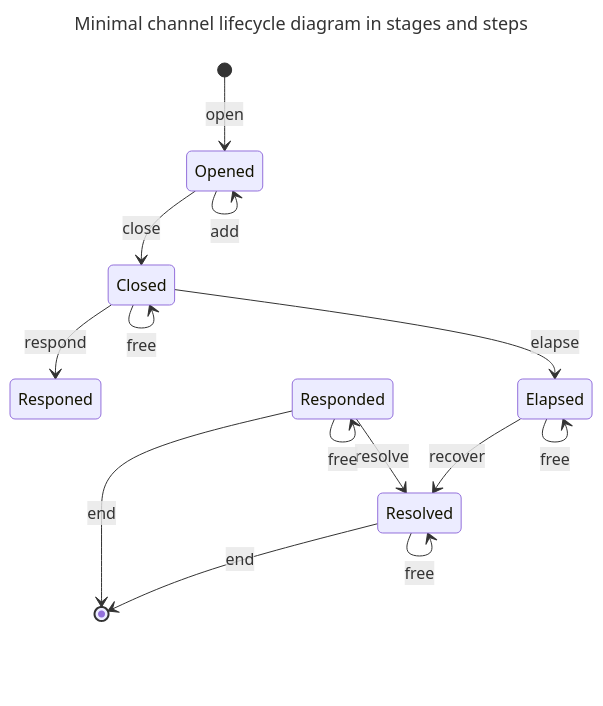
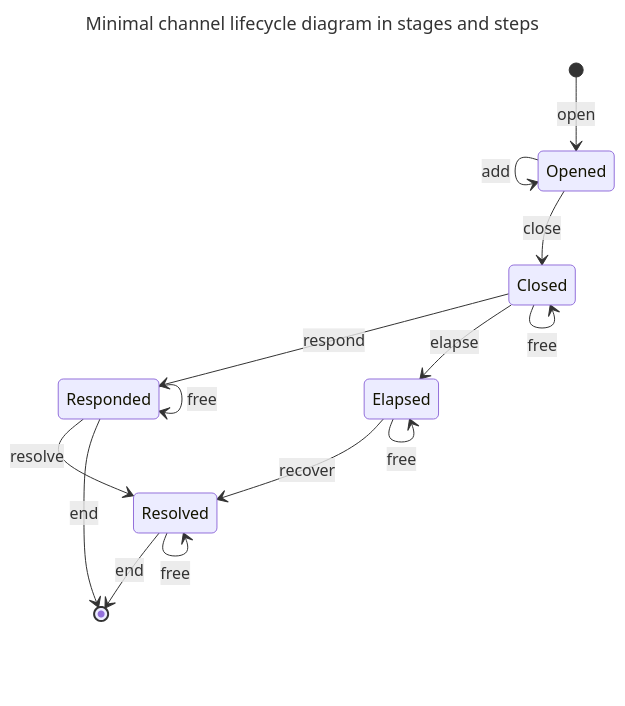
Before and after one commit to colll78/cardano-lightning: the diagram in docs/adrs/minimal-lifecycle.md, drawn with Mermaid.

Commit message:
fix typo. rearrange stages minimal lifecycle diagram

````diff
--- a/docs/adrs/minimal-lifecycle.md
+++ b/docs/adrs/minimal-lifecycle.md
@@ -62,19 +62,22 @@
 ```mermaid
 ---
 title: Minimal channel lifecycle diagram in stages and steps
 ---
 stateDiagram-v2
     [*] --> Opened : open
     Opened --> Opened : add
     Opened --> Closed : close
-    Closed --> Responed : respond
+    Closed --> Responded : respond
     Responded --> Resolved : resolve
+    Resolved --> [*] : end
+
     Closed --> Elapsed : elapse
     Elapsed --> Resolved : recover
+
+    Responded --> [*] : end
+
     Closed --> Closed : free
     Resolved --> Resolved : free
     Responded --> Responded : free
     Elapsed --> Elapsed : free
-    Responded --> [*] : end
-    Resolved --> [*] : end
 ```
````
